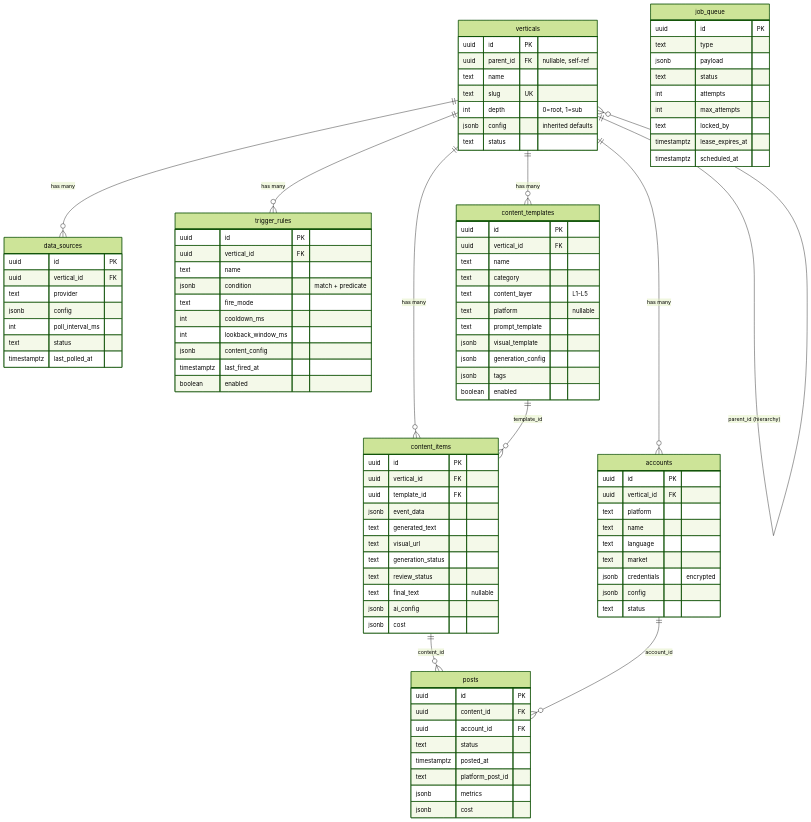
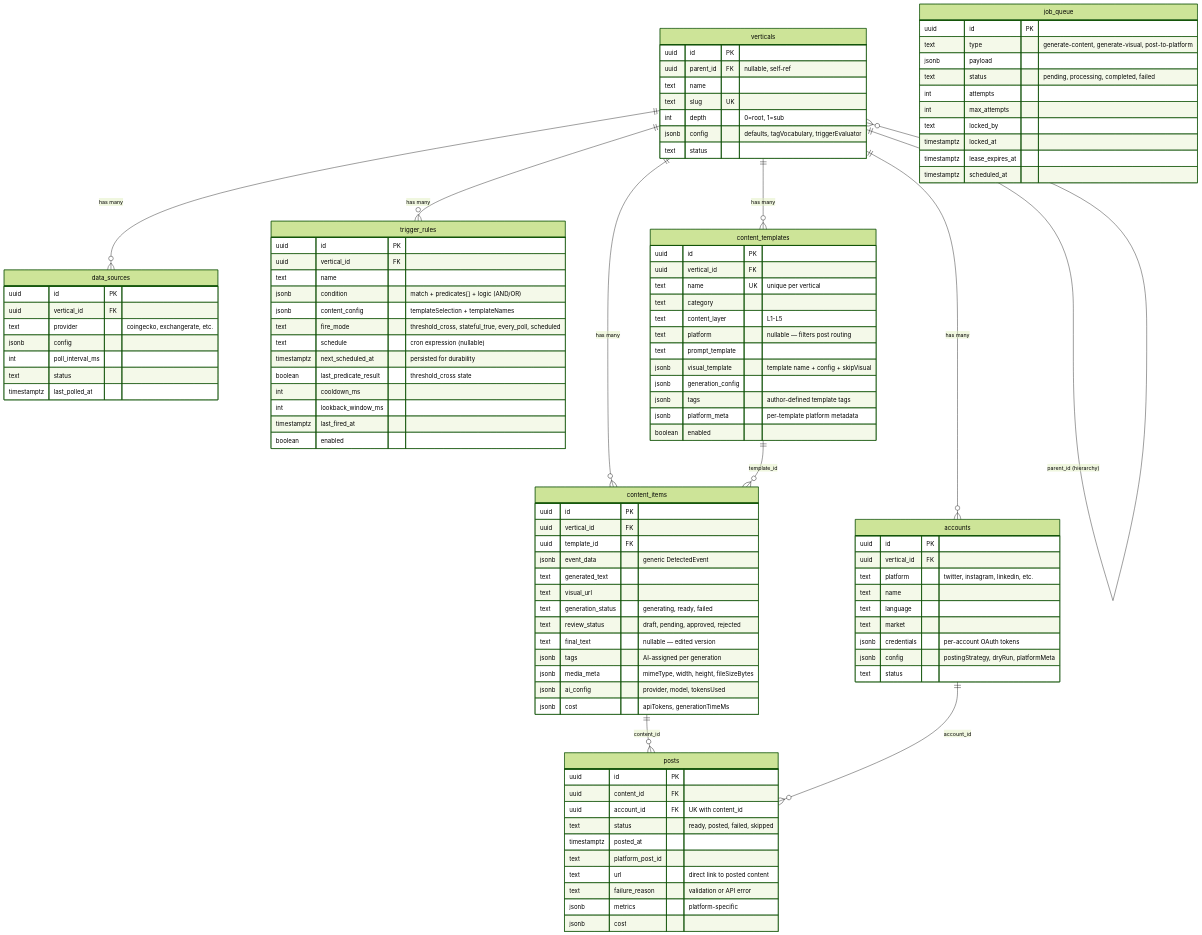
Before and after one commit to uakdemir/viral-pump: the diagram in docs/architecture/c4/c4-data-model.md, drawn with Mermaid (forest theme). The commit also changed other lines of this file and 34 other files, not shown here.

First line of the commit message:
feat: Multi-Platform Posting (Sub-project #4)

```diff
--- a/docs/architecture/c4/c4-data-model.md
+++ b/docs/architecture/c4/c4-data-model.md
@@ -19,26 +19,26 @@
         text name
         text slug UK
         int depth "0=root, 1=sub"
-        jsonb config "inherited defaults"
+        jsonb config "defaults, tagVocabulary, triggerEvaluator"
         text status
     }
 
     accounts {
         uuid id PK
         uuid vertical_id FK
-        text platform
+        text platform "twitter, instagram, linkedin, etc."
         text name
         text language
         text market
-        jsonb credentials "encrypted"
-        jsonb config
+        jsonb credentials "per-account OAuth tokens"
+        jsonb config "postingStrategy, dryRun, platformMeta"
         text status
     }
 
     data_sources {
         uuid id PK
         uuid vertical_id FK
-        text provider
+        text provider "coingecko, exchangerate, etc."
         jsonb config
         int poll_interval_ms
         text status
@@ -49,11 +49,14 @@
         uuid id PK
         uuid vertical_id FK
         text name
-        jsonb condition "match + predicate"
-        text fire_mode
+        jsonb condition "match + predicates[] + logic (AND/OR)"
+        jsonb content_config "templateSelection + templateNames"
+        text fire_mode "threshold_cross, stateful_true, every_poll, scheduled"
+        text schedule "cron expression (nullable)"
+        timestamptz next_scheduled_at "persisted for durability"
+        boolean last_predicate_result "threshold_cross state"
         int cooldown_ms
         int lookback_window_ms
-        jsonb content_config
         timestamptz last_fired_at
         boolean enabled
     }
@@ -61,14 +64,15 @@
     content_templates {
         uuid id PK
         uuid vertical_id FK
-        text name
+        text name UK "unique per vertical"
         text category
         text content_layer "L1-L5"
-        text platform "nullable"
+        text platform "nullable — filters post routing"
         text prompt_template
-        jsonb visual_template
+        jsonb visual_template "template name + config + skipVisual"
         jsonb generation_config
-        jsonb tags
+        jsonb tags "author-defined template tags"
+        jsonb platform_meta "per-template platform metadata"
         boolean enabled
     }
 
@@ -76,35 +80,40 @@
         uuid id PK
         uuid vertical_id FK
         uuid template_id FK
-        jsonb event_data
+        jsonb event_data "generic DetectedEvent"
         text generated_text
         text visual_url
-        text generation_status
-        text review_status
-        text final_text "nullable"
-        jsonb ai_config
-        jsonb cost
+        text generation_status "generating, ready, failed"
+        text review_status "draft, pending, approved, rejected"
+        text final_text "nullable — edited version"
+        jsonb tags "AI-assigned per generation"
+        jsonb media_meta "mimeType, width, height, fileSizeBytes"
+        jsonb ai_config "provider, model, tokensUsed"
+        jsonb cost "apiTokens, generationTimeMs"
     }
 
     posts {
         uuid id PK
         uuid content_id FK
-        uuid account_id FK
-        text status
+        uuid account_id FK "UK with content_id"
+        text status "ready, posted, failed, skipped"
         timestamptz posted_at
         text platform_post_id
-        jsonb metrics
+        text url "direct link to posted content"
+        text failure_reason "validation or API error"
+        jsonb metrics "platform-specific"
         jsonb cost
     }
 
     job_queue {
         uuid id PK
-        text type
+        text type "generate-content, generate-visual, post-to-platform"
         jsonb payload
-        text status
+        text status "pending, processing, completed, failed"
         int attempts
         int max_attempts
         text locked_by
+        timestamptz locked_at
         timestamptz lease_expires_at
         timestamptz scheduled_at
     }
```
